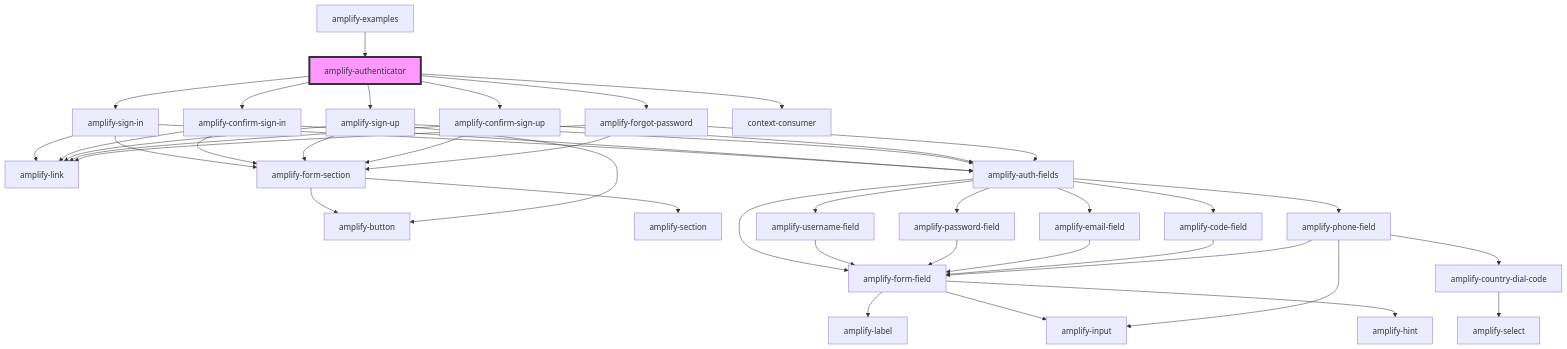
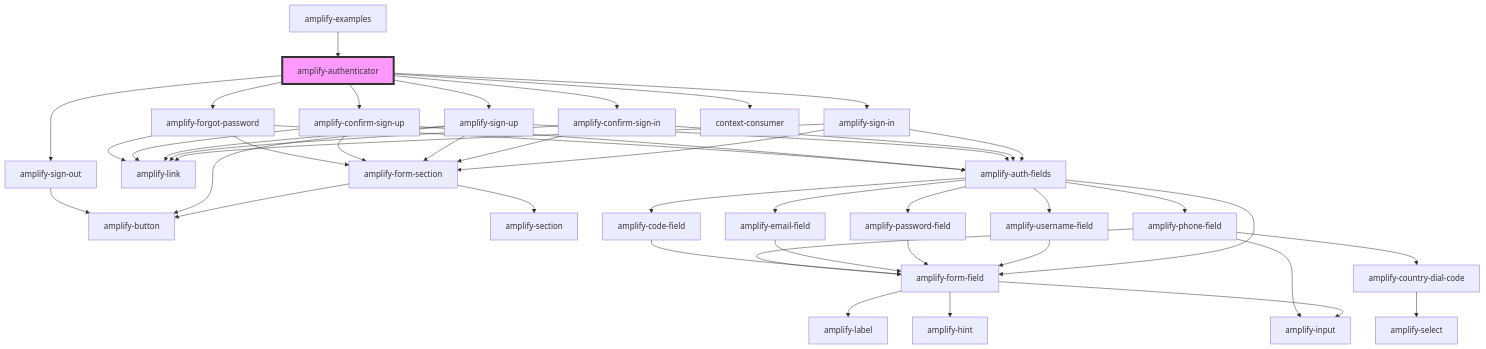
Before and after one commit to aws-amplify/amplify-js: the diagram in packages/amplify-ui-components/src/components/amplify-authenticator/readme.md, drawn with Mermaid. The commit also changed other lines of this file and 19 other files, not shown here.

First line of the commit message:
feat(@aws-amplify/ui-components): amplify-sign-out (#4364)

````diff
--- a/packages/amplify-ui-components/src/components/amplify-authenticator/readme.md
+++ b/packages/amplify-ui-components/src/components/amplify-authenticator/readme.md
@@ -31,46 +32,48 @@
 ```mermaid
 graph TD;
   amplify-authenticator --> amplify-sign-in
   amplify-authenticator --> amplify-confirm-sign-in
   amplify-authenticator --> amplify-sign-up
   amplify-authenticator --> amplify-confirm-sign-up
   amplify-authenticator --> amplify-forgot-password
+  amplify-authenticator --> amplify-sign-out
   amplify-authenticator --> context-consumer
   amplify-sign-in --> amplify-link
   amplify-sign-in --> amplify-form-section
   amplify-sign-in --> amplify-auth-fields
   amplify-form-section --> amplify-button
   amplify-form-section --> amplify-section
   amplify-auth-fields --> amplify-username-field
   amplify-auth-fields --> amplify-password-field
   amplify-auth-fields --> amplify-email-field
   amplify-auth-fields --> amplify-code-field
   amplify-auth-fields --> amplify-phone-field
   amplify-auth-fields --> amplify-form-field
   amplify-username-field --> amplify-form-field
   amplify-form-field --> amplify-label
   amplify-form-field --> amplify-input
   amplify-form-field --> amplify-hint
   amplify-password-field --> amplify-form-field
   amplify-email-field --> amplify-form-field
   amplify-code-field --> amplify-form-field
   amplify-phone-field --> amplify-form-field
   amplify-phone-field --> amplify-country-dial-code
   amplify-phone-field --> amplify-input
   amplify-country-dial-code --> amplify-select
   amplify-confirm-sign-in --> amplify-form-section
   amplify-confirm-sign-in --> amplify-link
   amplify-confirm-sign-in --> amplify-auth-fields
   amplify-sign-up --> amplify-form-section
   amplify-sign-up --> amplify-auth-fields
   amplify-sign-up --> amplify-link
   amplify-sign-up --> amplify-button
   amplify-confirm-sign-up --> amplify-link
   amplify-confirm-sign-up --> amplify-form-section
   amplify-confirm-sign-up --> amplify-auth-fields
   amplify-forgot-password --> amplify-form-section
   amplify-forgot-password --> amplify-link
   amplify-forgot-password --> amplify-auth-fields
+  amplify-sign-out --> amplify-button
   amplify-examples --> amplify-authenticator
   style amplify-authenticator fill:#f9f,stroke:#333,stroke-width:4px
 ```
````
